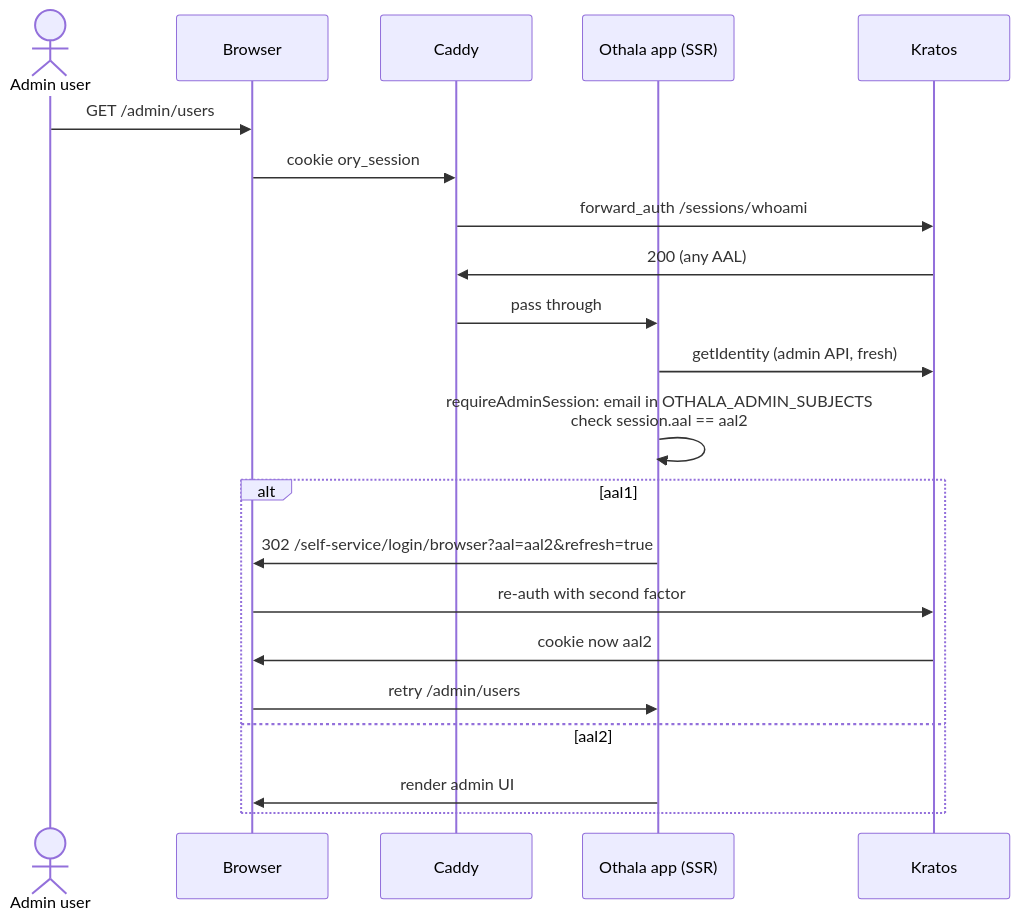
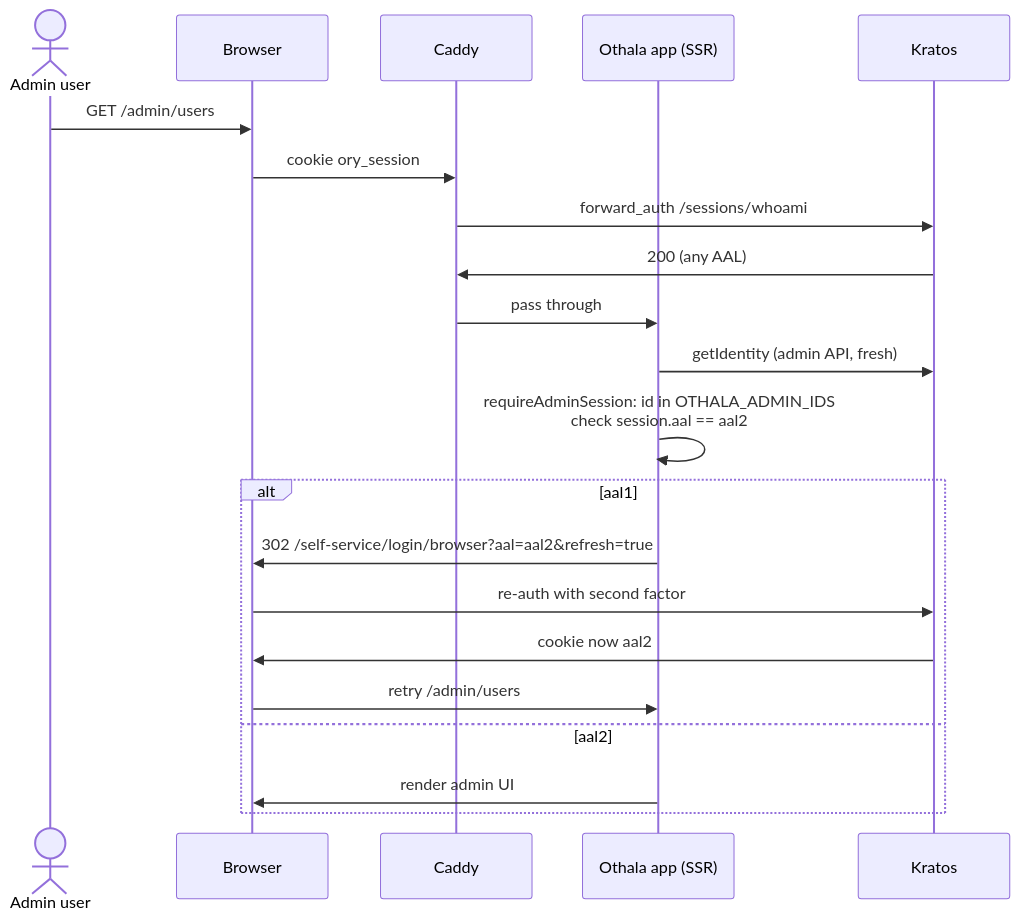
One commit to andrewdunndev/othala changed the second of 3 diagrams in ARCHITECTURE.md. Above: the diagram before and after it, drawn with Mermaid. The commit also changed other lines of this file and 43 other files, not shown here.

First line of the commit message:
security(cvp): admin-id authority, settings AAL2, login-gate, edge header stripping

````diff
--- a/ARCHITECTURE.md
+++ b/ARCHITECTURE.md
@@ -488,24 +488,24 @@
 ```mermaid
 sequenceDiagram
   actor U as Admin user
   participant B as Browser
   participant C as Caddy
   participant O as Othala app (SSR)
   participant K as Kratos
 
   U->>B: GET /admin/users
   B->>C: cookie ory_session
   C->>K: forward_auth /sessions/whoami
   K->>C: 200 (any AAL)
   C->>O: pass through
   O->>K: getIdentity (admin API, fresh)
-  O->>O: requireAdminSession: email in OTHALA_ADMIN_SUBJECTS<br/>check session.aal == aal2
+  O->>O: requireAdminSession: id in OTHALA_ADMIN_IDS<br/>check session.aal == aal2
   alt aal1
     O->>B: 302 /self-service/login/browser?aal=aal2&refresh=true
     B->>K: re-auth with second factor
     K->>B: cookie now aal2
     B->>O: retry /admin/users
   else aal2
     O->>B: render admin UI
   end
 ```
````
